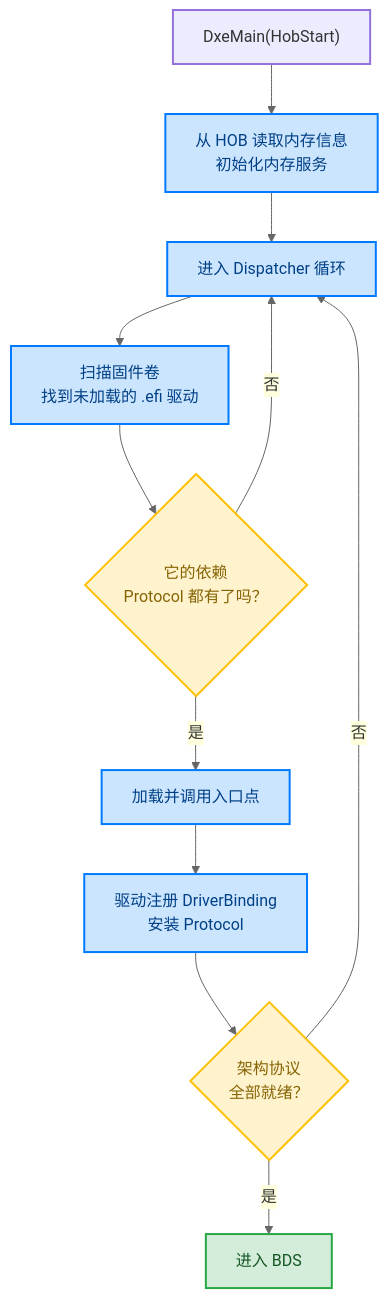
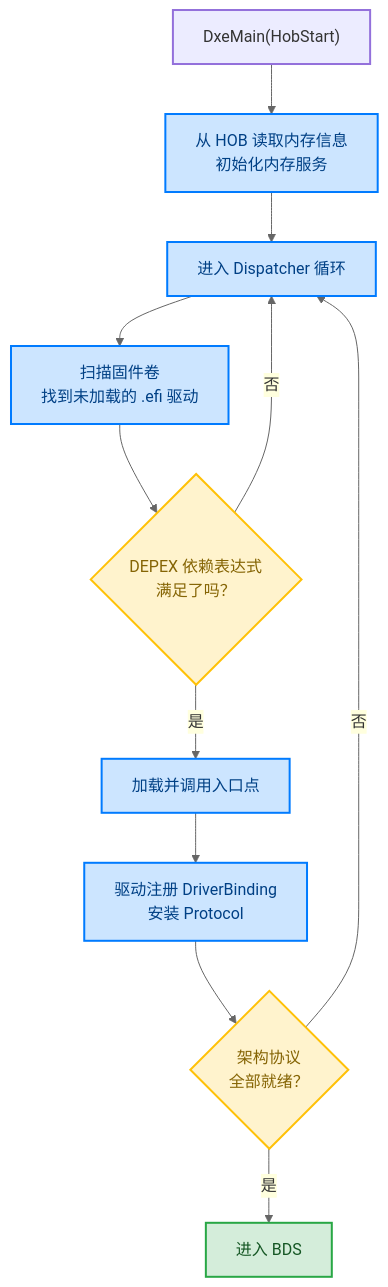
One commit to swjtuer326/cs-learning-notes changed the fifth of 6 diagrams in edk2/03-boot-flow.md. Above: the diagram before and after it, drawn with Mermaid. The commit also changed other lines of this file and 4 other files, not shown here.

````diff
--- a/edk2/03-boot-flow.md
+++ b/edk2/03-boot-flow.md
@@ -404,23 +451,23 @@
 ```mermaid
 %%{init: {"theme": "base", "themeVariables": {"primaryColor": "#ECECFF", "primaryTextColor": "#333333", "primaryBorderColor": "#9370DB", "lineColor": "#666666", "secondaryColor": "#ffffde", "secondaryBorderColor": "#aaaa33", "tertiaryColor": "#f0f0f0", "fontFamily": "\"trebuchet ms\", verdana, arial, sans-serif"}}}%%
 flowchart TD
     A["DxeMain(HobStart)"] --> B["从 HOB 读取内存信息<br/>初始化内存服务"]
     B --> C["进入 Dispatcher 循环"]
     C --> D["扫描固件卷<br/>找到未加载的 .efi 驱动"]
-    D --> E{"它的依赖<br/>Protocol 都有了吗？"}
+    D --> E{"DEPEX 依赖表达式<br/>满足了吗？"}
     E -->|否| C
     E -->|是| F["加载并调用入口点"]
     F --> G["驱动注册 DriverBinding<br/>安装 Protocol"]
     G --> H{"架构协议<br/>全部就绪？"}
     H -->|否| C
     H -->|是| I["进入 BDS"]
     classDef clsStart fill:#ECECFF,stroke:#9370DB,stroke-width:2px
     classDef clsStep fill:#cce5ff,stroke:#007bff,color:#004085,stroke-width:2px
     classDef clsDecision fill:#fff3cd,stroke:#ffc107,color:#856404,stroke-width:2px
     classDef clsEnd fill:#d4edda,stroke:#28a745,color:#155724,stroke-width:2px
     class A clsStart
     class B,D,F,G clsStep
     class E,H clsDecision
     class C clsStep
     class I clsEnd
 ```
````
